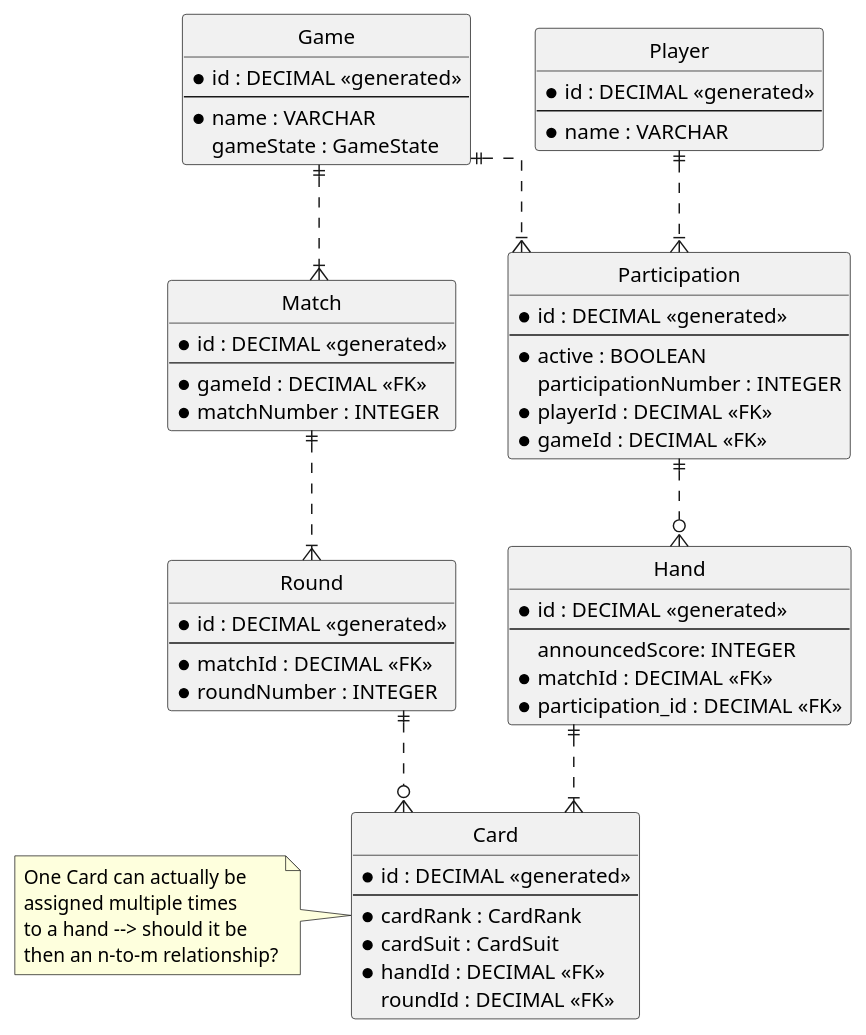
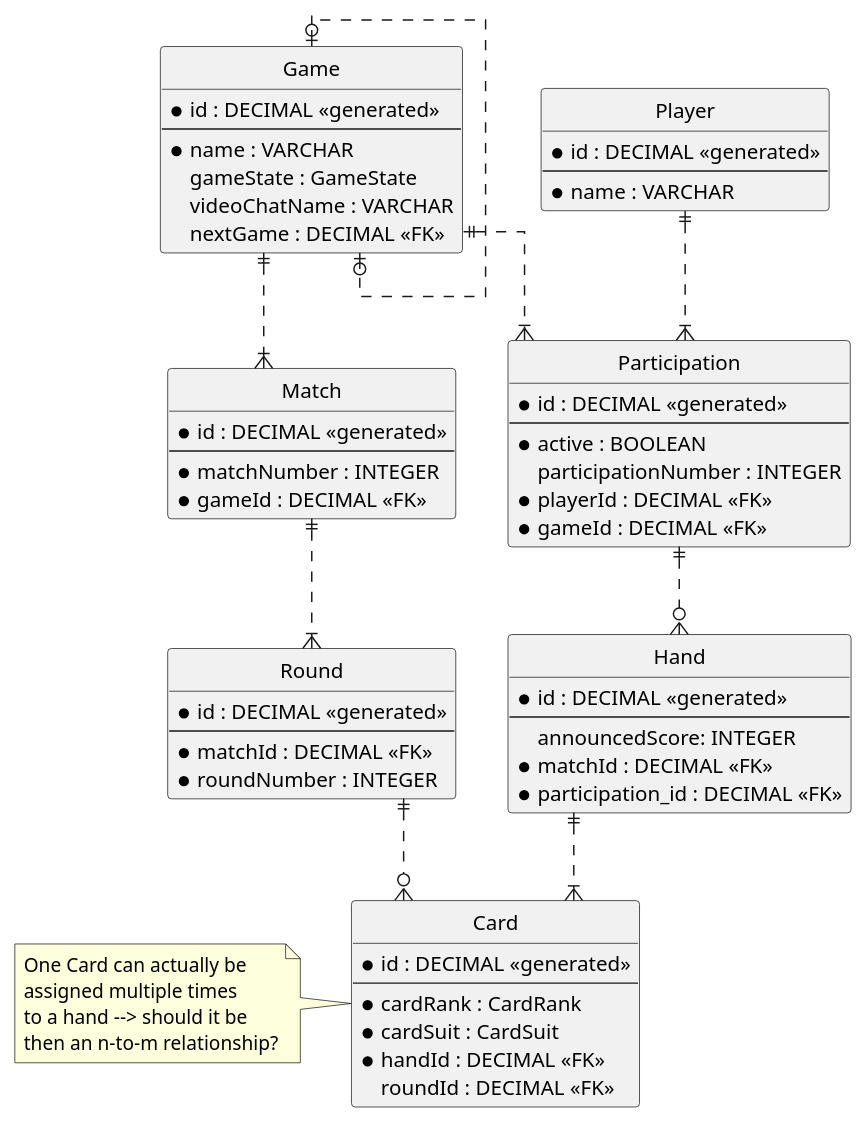
One commit to sopra-fs22-group-36/screw-your-neighbor-server changed the diagram in doc/m3/uml/db_schema.puml. Above: the diagram before and after it, drawn with PlantUML. The commit also changed 3 other files, not shown here.

Commit message:
report: test proposals, db schema, updated class diagram

```diff
--- a/doc/m3/uml/db_schema.puml
+++ b/doc/m3/uml/db_schema.puml
@@ -3,84 +3,87 @@
 @startuml
 
 ' hide the spot
 hide circle
 
 ' avoid problems with angled crows feet
 skinparam linetype ortho
 
 entity "Card" as card {
   *id : DECIMAL <<generated>>
   --
   *cardRank : CardRank
   *cardSuit : CardSuit
   *handId : DECIMAL <<FK>>
   roundId : DECIMAL <<FK>>
 }
 note left of card: One Card can actually be\nassigned multiple times\nto a hand --> should it be\nthen an n-to-m relationship?
 
 
 entity "Game" as game {
   *id : DECIMAL <<generated>>
   --
   *name : VARCHAR
   gameState : GameState
+  videoChatName : VARCHAR
+  nextGame : DECIMAL <<FK>>
   'participationtogame_id : DECIMAL <<FK>>
 }
 /'
 entity "ParticipationToGame" as participationtogame {
   *id : DECIMAL <<generated>>
 --
   *gameId : DECIMAL <<FK>>
   *participationId : DECIMAL <<FK>>
 
 }'/
 
 entity "Hand" as hand {
   *id : DECIMAL <<generated>>
   --
   announcedScore: INTEGER
   *matchId : DECIMAL <<FK>>
   *participation_id : DECIMAL <<FK>>
 }
 
 entity "Match" as match {
   *id : DECIMAL <<generated>>
   --
+  *matchNumber : INTEGER
   *gameId : DECIMAL <<FK>>
-  *matchNumber : INTEGER
 }
 
 entity "Participation" as participation {
   *id : DECIMAL <<generated>>
   --
   *active : BOOLEAN
   participationNumber : INTEGER
   *playerId : DECIMAL <<FK>>
   *gameId : DECIMAL <<FK>>
   '*gameToParticipationId : DECIMAL <<FK>>
 }
 
 entity "Player" as player {
   *id : DECIMAL <<generated>>
   --
   *name : VARCHAR
 }
 
 entity "Round" as round {
   *id : DECIMAL <<generated>>
   --
   *matchId : DECIMAL <<FK>>
   *roundNumber : INTEGER
 }
 
 round ||..o{ card
 hand ||..|{ card
 participation ||..o{ hand
+game |o..o| game
 game ||..|{ participation
 'game ||..o{ participationtogame
 'participation ||..o{ participationtogame
 player ||..|{ participation
 match ||..|{ round
 game ||..|{ match
 
 @enduml
```
